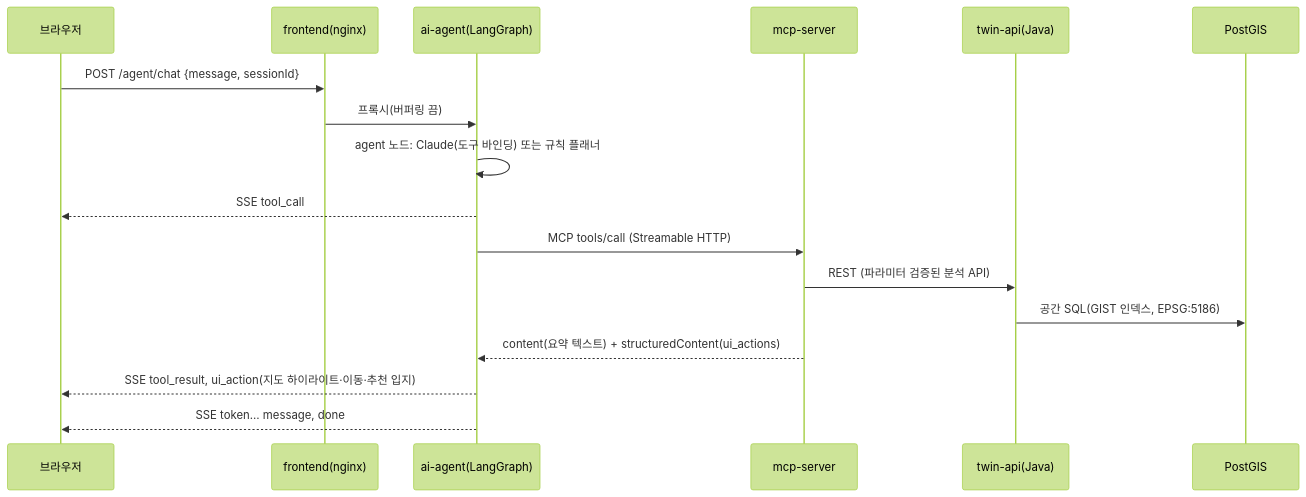
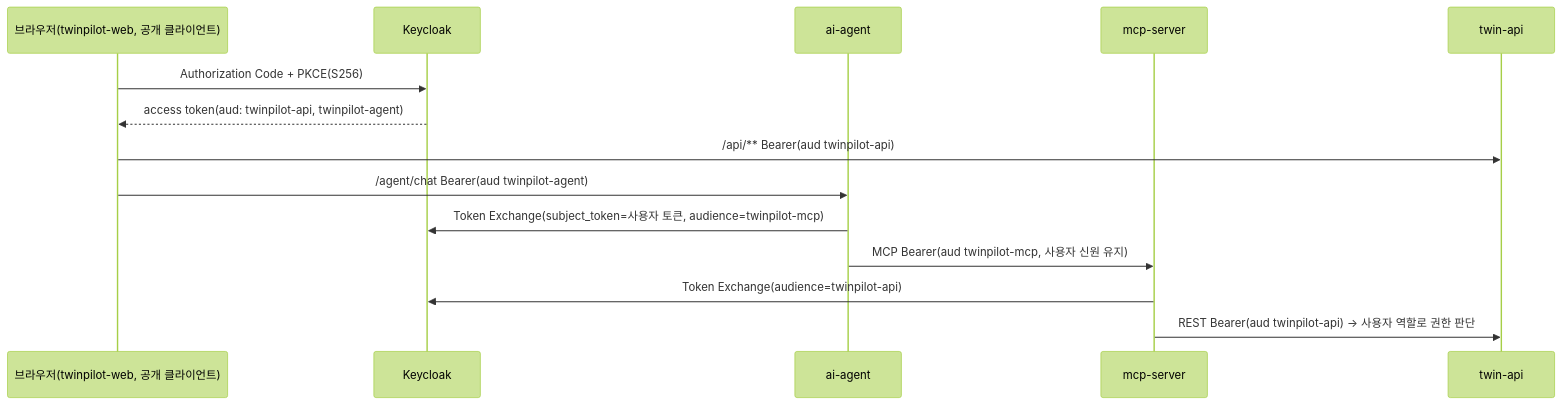
One commit to kwakhyun/twinpilot changed the second of 2 diagrams in docs/03-architecture-ops.md. Above: the diagram before and after it, drawn with Mermaid (forest theme). The commit also changed other lines of this file and 20 other files, not shown here.

Commit message:
security: job reads/events restricted to owner or admin (404 otherwise); docs: architecture/API v0.2, refreshed screenshots

````diff
--- a/docs/03-architecture-ops.md
+++ b/docs/03-architecture-ops.md
@@ -7,19 +57,16 @@
 ```mermaid
 sequenceDiagram
-  participant U as 브라우저
-  participant N as frontend(nginx)
-  participant A as ai-agent(LangGraph)
+  participant B as 브라우저(twinpilot-web, 공개 클라이언트)
+  participant KC as Keycloak
+  participant AG as ai-agent
   participant M as mcp-server
-  participant J as twin-api(Java)
-  participant D as PostGIS
-  U->>N: POST /agent/chat {message, sessionId}
-  N->>A: 프록시(버퍼링 끔)
-  A->>A: agent 노드: Claude(도구 바인딩) 또는 규칙 플래너
-  A-->>U: SSE tool_call
-  A->>M: MCP tools/call (Streamable HTTP)
-  M->>J: REST (파라미터 검증된 분석 API)
-  J->>D: 공간 SQL(GIST 인덱스, EPSG:5186)
-  M-->>A: content(요약 텍스트) + structuredContent(ui_actions)
-  A-->>U: SSE tool_result, ui_action(지도 하이라이트·이동·추천 입지)
-  A-->>U: SSE token… message, done
+  participant J as twin-api
+  B->>KC: Authorization Code + PKCE(S256)
+  KC-->>B: access token(aud: twinpilot-api, twinpilot-agent)
+  B->>J: /api/** Bearer(aud twinpilot-api)
+  B->>AG: /agent/chat Bearer(aud twinpilot-agent)
+  AG->>KC: Token Exchange(subject_token=사용자 토큰, audience=twinpilot-mcp)
+  AG->>M: MCP Bearer(aud twinpilot-mcp, 사용자 신원 유지)
+  M->>KC: Token Exchange(audience=twinpilot-api)
+  M->>J: REST Bearer(aud twinpilot-api) → 사용자 역할로 권한 판단
 ```
````
